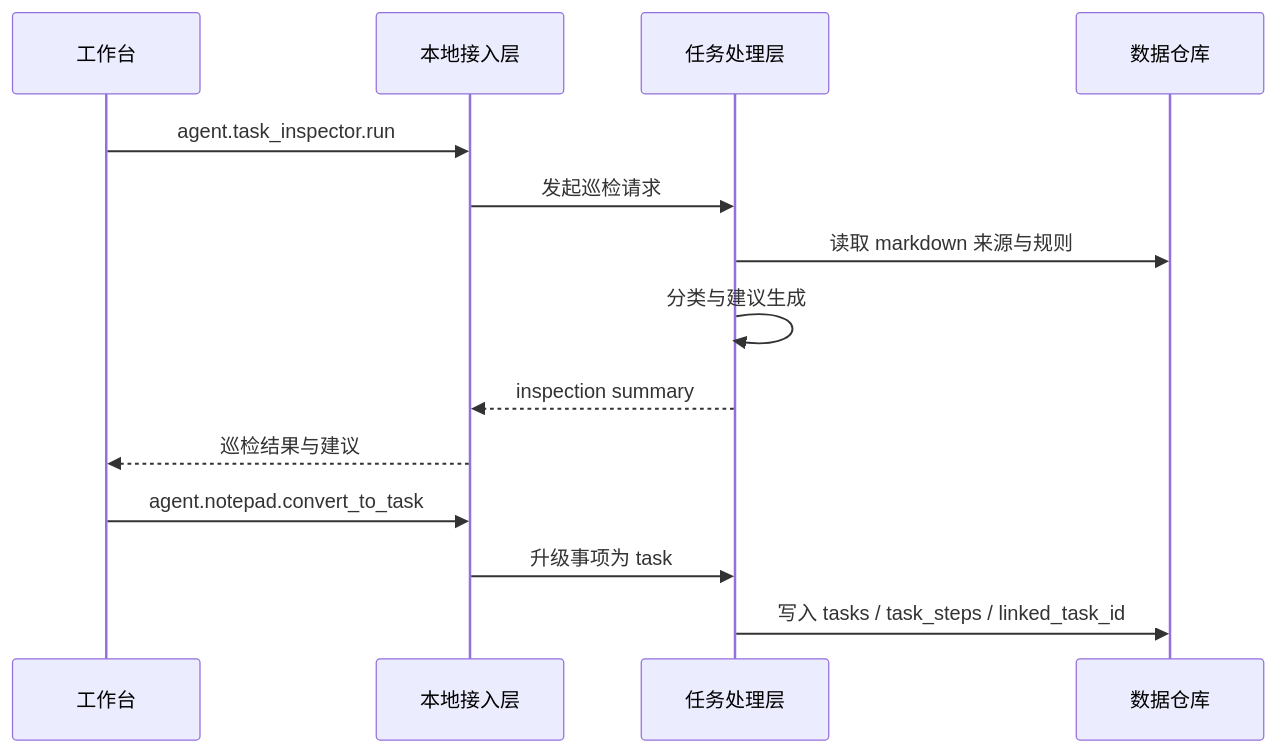
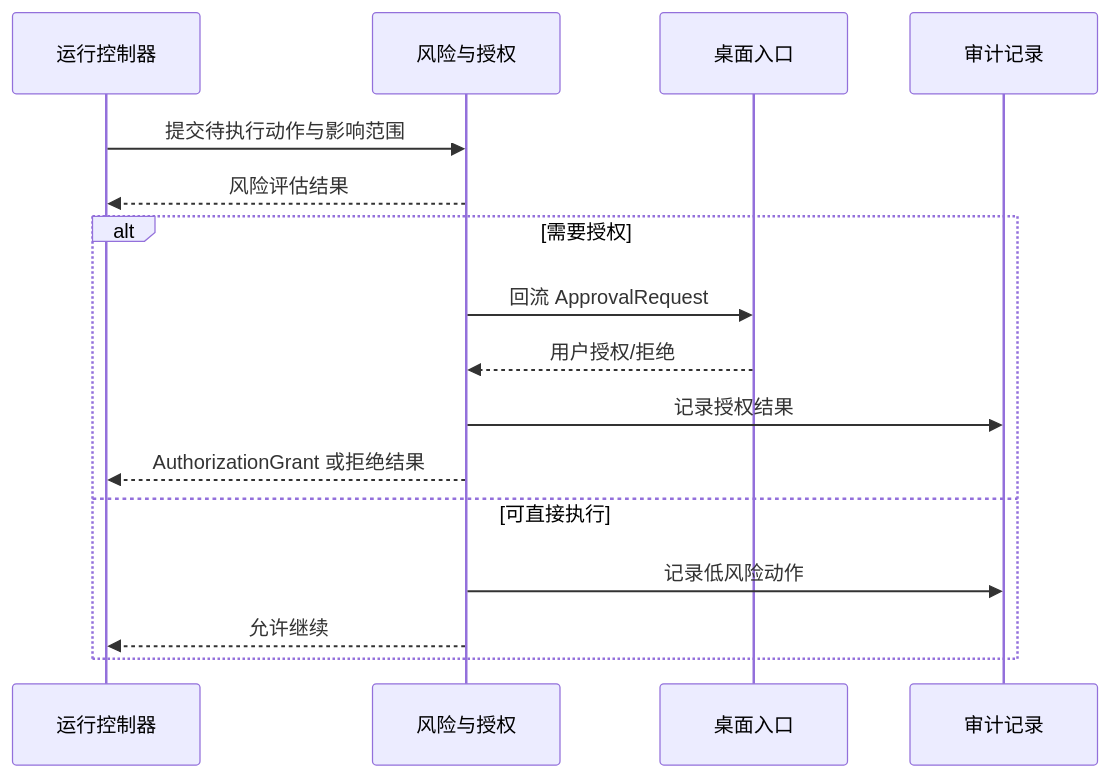
Diagram 18 of 20 in docs/architecture-overview.md (Blackcloudss/CialloClaw), drawn with Mermaid before and after one commit. The commit also changed other lines of this file, not shown here.

Commit message:
Update architecture design document

````diff
--- a/docs/architecture-overview.md
+++ b/docs/architecture-overview.md
@@ -943,17 +1016,19 @@
 ```mermaid
 sequenceDiagram
-    participant FE as 工作台
-    participant ACCESS as 本地接入层
-    participant TASK as 任务处理层
-    participant REPO as 数据仓库
+    participant RUN as 运行控制器
+    participant RISK as 风险与授权
+    participant UI as 桌面入口
+    participant AUDIT as 审计记录
 
-    FE->>ACCESS: agent.task_inspector.run
-    ACCESS->>TASK: 发起巡检请求
-    TASK->>REPO: 读取 markdown 来源与规则
-    TASK->>TASK: 分类与建议生成
-    TASK-->>ACCESS: inspection summary
-    ACCESS-->>FE: 巡检结果与建议
-    FE->>ACCESS: agent.notepad.convert_to_task
-    ACCESS->>TASK: 升级事项为 task
-    TASK->>REPO: 写入 tasks / task_steps / linked_task_id
+    RUN->>RISK: 提交待执行动作与影响范围
+    RISK-->>RUN: 风险评估结果
+    alt 需要授权
+        RISK->>UI: 回流 ApprovalRequest
+        UI-->>RISK: 用户授权/拒绝
+        RISK->>AUDIT: 记录授权结果
+        RISK-->>RUN: AuthorizationGrant 或拒绝结果
+    else 可直接执行
+        RISK->>AUDIT: 记录低风险动作
+        RISK-->>RUN: 允许继续
+    end
 ```
````
